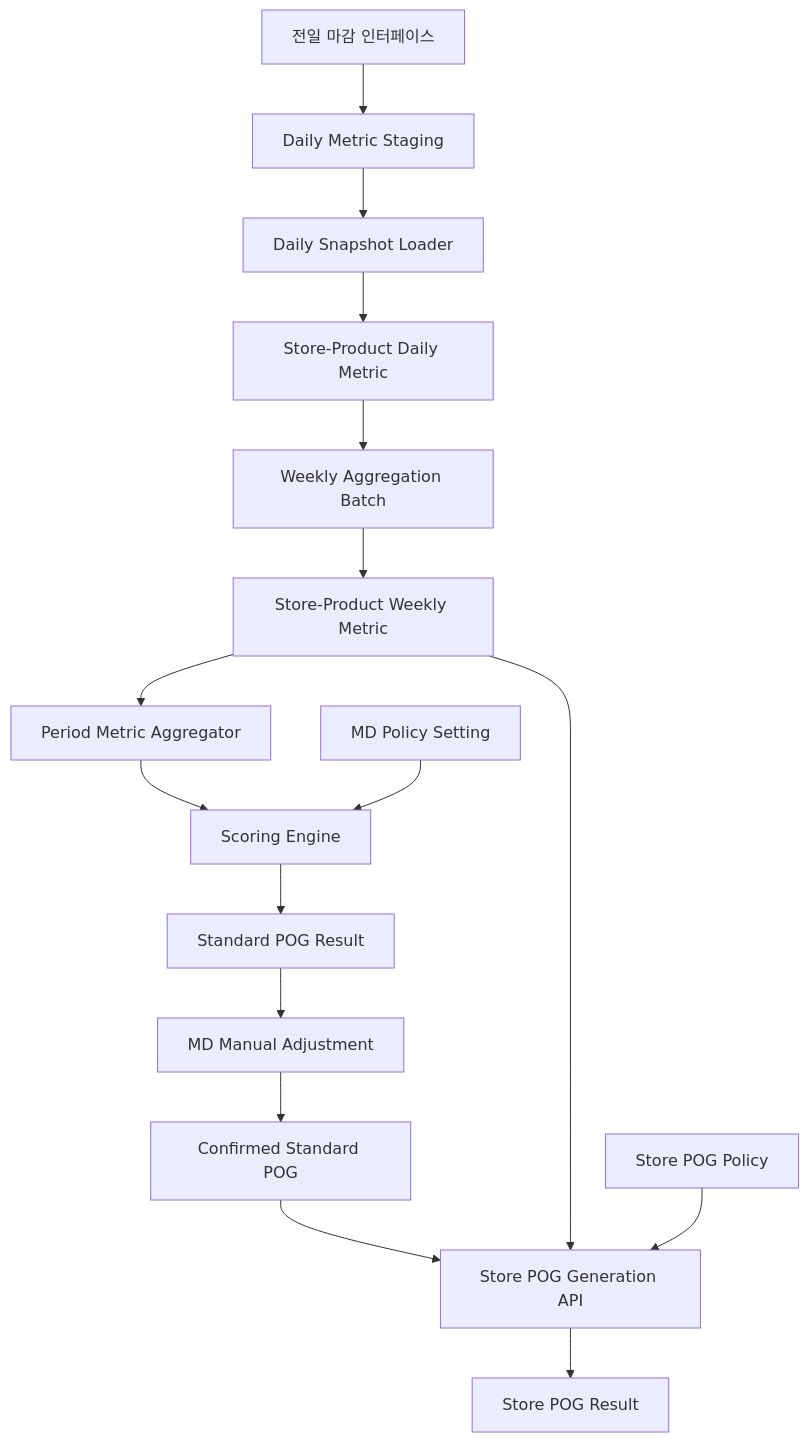
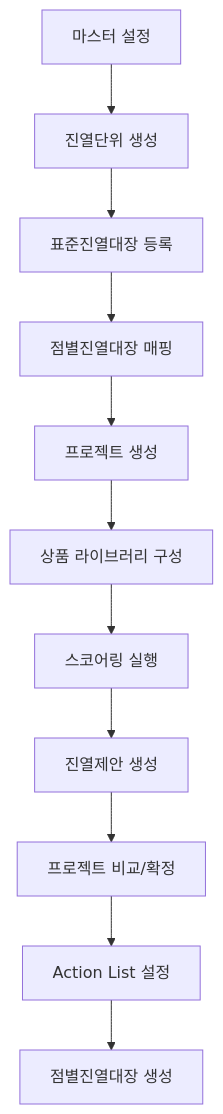
The diagram in pog_design.md (toughskg/pog), drawn with Mermaid before and after one commit. The commit also changed other lines of this file and 4 other files, not shown here.

````diff
--- a/pog_design.md
+++ b/pog_design.md
@@ -271,18 +22,13 @@
 ```mermaid
 flowchart TD
-    A["전일 마감 인터페이스"] --> B["Daily Metric Staging"]
-    B --> C["Daily Snapshot Loader"]
-    C --> D["Store-Product Daily Metric"]
-    D --> E["Weekly Aggregation Batch"]
-    E --> F["Store-Product Weekly Metric"]
-    F --> G["Period Metric Aggregator"]
-    G --> H["Scoring Engine"]
-    I["MD Policy Setting"] --> H
-    H --> J["Standard POG Result"]
-    J --> K["MD Manual Adjustment"]
-    K --> L["Confirmed Standard POG"]
-    L --> M["Store POG Generation API"]
-    F --> M
-    N["Store POG Policy"] --> M
-    M --> O["Store POG Result"]
+    A["마스터 설정"] --> B["진열단위 생성"]
+    B --> C["표준진열대장 등록"]
+    C --> D["점별진열대장 매핑"]
+    D --> E["프로젝트 생성"]
+    E --> F["상품 라이브러리 구성"]
+    F --> G["스코어링 실행"]
+    G --> H["진열제안 생성"]
+    H --> I["프로젝트 비교/확정"]
+    I --> J["Action List 설정"]
+    J --> K["점별진열대장 생성"]
 ```
````
